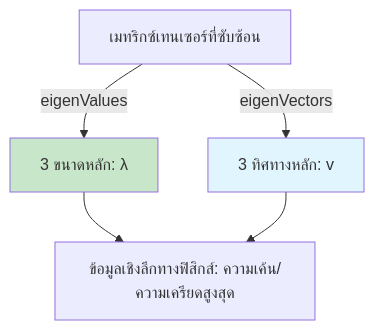
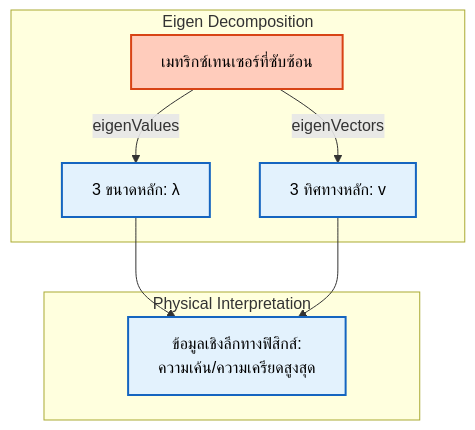
The diagram in MODULE_05_OPENFOAM_PROGRAMMING/CONTENT/11_TENSOR_ALGEBRA/05_Eigen_Decomposition.md (wramet/build-my-cfd), drawn with Mermaid before and after one commit. The commit also changed 313 other files, not shown here.

Commit message:
Revise all diagram

````diff
--- a/MODULE_05_OPENFOAM_PROGRAMMING/CONTENT/11_TENSOR_ALGEBRA/05_Eigen_Decomposition.md
+++ b/MODULE_05_OPENFOAM_PROGRAMMING/CONTENT/11_TENSOR_ALGEBRA/05_Eigen_Decomposition.md
@@ -18,11 +18,16 @@
 ```mermaid
 flowchart TD
-    T[เมทริกซ์เทนเซอร์ที่ซับซ้อน] -->|eigenValues| V[3 ขนาดหลัก: λ]
-    T -->|eigenVectors| D[3 ทิศทางหลัก: v]
+%% Classes
+classDef explicit fill:#ffccbc,stroke:#d84315,stroke-width:2px,color:#000
+classDef implicit fill:#e3f2fd,stroke:#1565c0,stroke-width:2px,color:#000
+T["เมทริกซ์เทนเซอร์ที่ซับซ้อน"]:::explicit
 
-    V --> P[ข้อมูลเชิงลึกทางฟิสิกส์: ความเค้น/ความเครียดสูงสุด]
-    D --> P
+subgraph Decomposition[" Eigen Decomposition "]
+    T -->|eigenValues| V["3 ขนาดหลัก: λ"]:::implicit
+    T -->|eigenVectors| D["3 ทิศทางหลัก: v"]:::implicit
+end
 
-    style V fill:#c8e6c9
-    style D fill:#e1f5fe
+subgraph Insight[" Physical Interpretation "]
+    V & D --> P["ข้อมูลเชิงลึกทางฟิสิกส์:<br/>ความเค้น/ความเครียดสูงสุด"]:::implicit
+end
 ```
````
